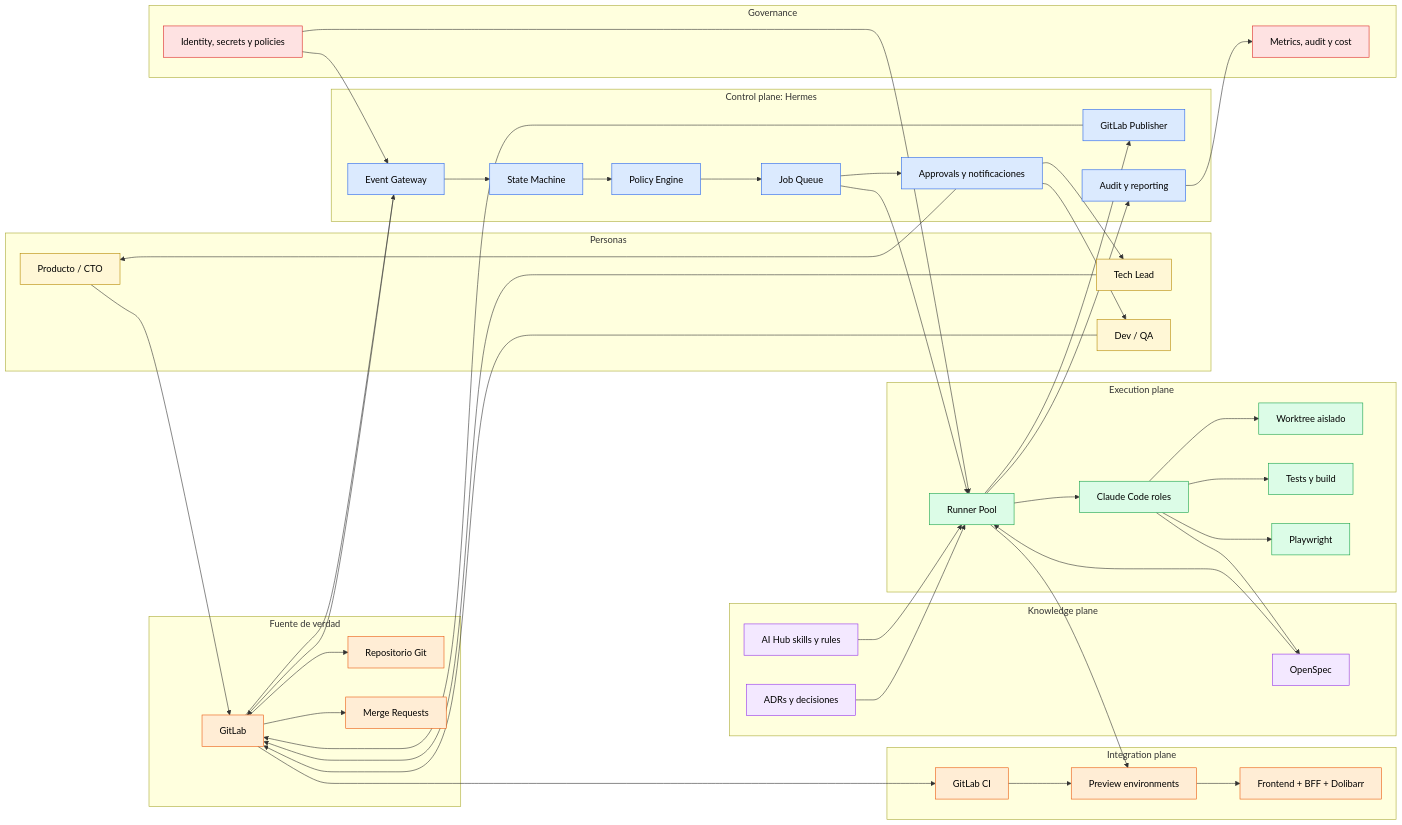
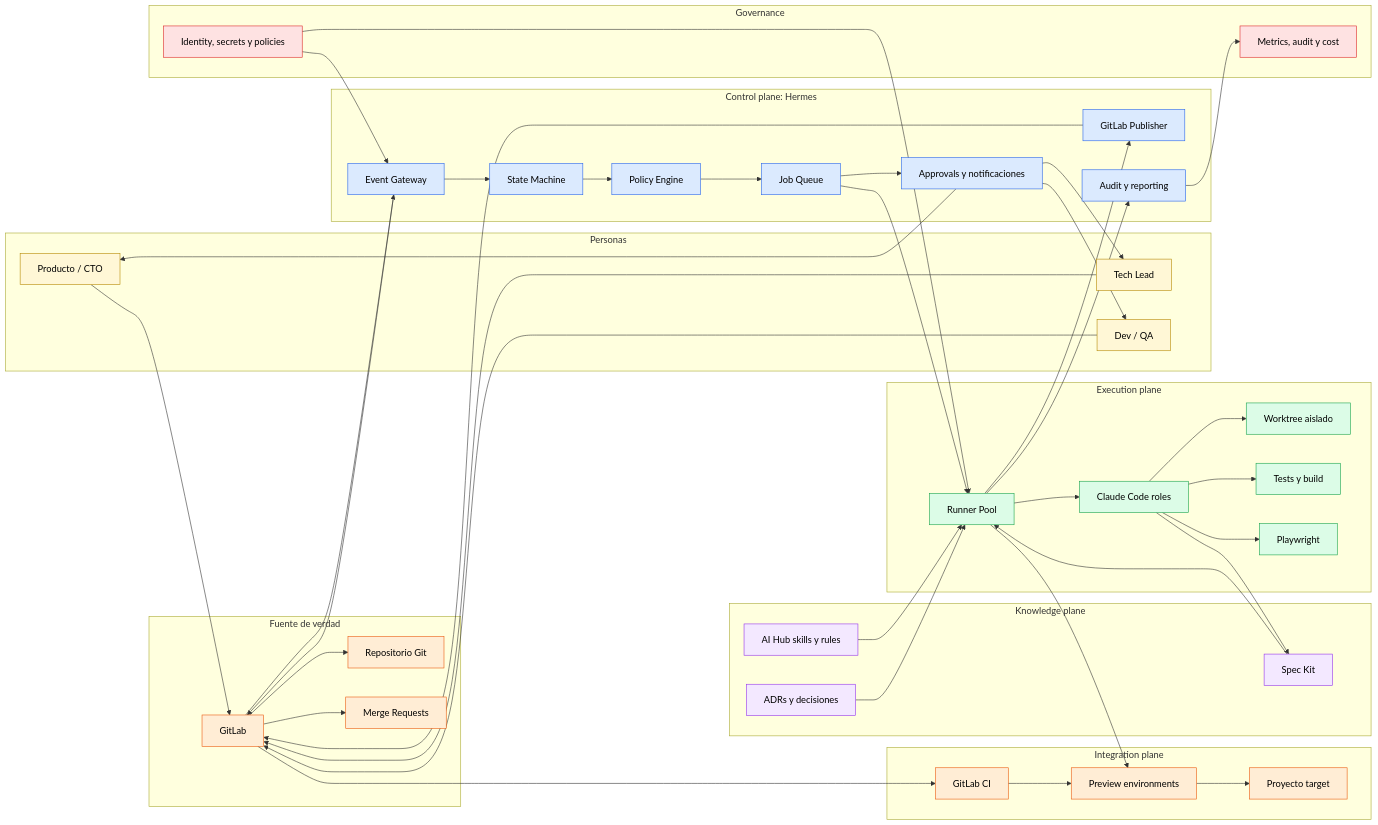
Before and after one commit to dsalazardev/ai-hub: the diagram in architecture/mermaid/00-mapa-general.mmd, drawn with Mermaid. The commit also changed 1324 other files, not shown here.

Commit message:
feat(engine): motor universal con Spec Kit, presets y catalogo de desarrollo

```diff
--- a/architecture/mermaid/00-mapa-general.mmd
+++ b/architecture/mermaid/00-mapa-general.mmd
@@ -1,86 +1,86 @@
 flowchart LR
   subgraph PEOPLE["Personas"]
     P["Producto / CTO"]
     TL["Tech Lead"]
     DEV["Dev / QA"]
   end
   subgraph TRUTH["Fuente de verdad"]
     GL["GitLab"]
     GIT["Repositorio Git"]
     MR["Merge Requests"]
   end
   subgraph CONTROL["Control plane: Hermes"]
     EV["Event Gateway"]
     SM["State Machine"]
     POL["Policy Engine"]
     Q["Job Queue"]
     AP["Approvals y notificaciones"]
     PUB["GitLab Publisher"]
     AUD["Audit y reporting"]
   end
   subgraph EXEC["Execution plane"]
     RUN["Runner Pool"]
     CC["Claude Code roles"]
     WT["Worktree aislado"]
     TEST["Tests y build"]
     PW["Playwright"]
   end
   subgraph KNOW["Knowledge plane"]
-    OS["OpenSpec"]
+    OS["Spec Kit"]
     SK["AI Hub skills y rules"]
     ADR["ADRs y decisiones"]
   end
   subgraph INTEG["Integration plane"]
     CI["GitLab CI"]
     PREV["Preview environments"]
-    APP["Frontend + BFF + Dolibarr"]
+    APP["Proyecto target"]
   end
   subgraph GOV["Governance"]
     SEC["Identity, secrets y policies"]
     OBS["Metrics, audit y cost"]
   end
   P --> GL
   TL --> GL
   DEV --> GL
   GL --> EV
   EV --> GL
   EV --> SM
   SM --> POL
   POL --> Q
   Q --> RUN
   Q --> AP
   RUN --> CC
   CC --> WT
   CC --> TEST
   CC --> PW
   CC --> OS
   RUN --> PREV
   RUN --> PUB
   PUB --> GL
   GL --> GIT
   GL --> MR
   GL --> CI
   CI --> PREV
   PREV --> APP
   OS --> RUN
   SK --> RUN
   ADR --> RUN
   SEC --> EV
   SEC --> RUN
   RUN --> AUD
   AUD --> OBS
   AP --> P
   AP --> TL
   AP --> DEV
   classDef human fill:#fff7d6,stroke:#b58900,color:#000
   classDef control fill:#dbeafe,stroke:#2563eb,color:#000
   classDef exec fill:#dcfce7,stroke:#16a34a,color:#000
   classDef knowledge fill:#f3e8ff,stroke:#9333ea,color:#000
   classDef integration fill:#ffedd5,stroke:#ea580c,color:#000
   classDef governance fill:#fee2e2,stroke:#dc2626,color:#000
   class P,TL,DEV human
   class EV,SM,POL,Q,AP,PUB,AUD control
   class RUN,CC,WT,TEST,PW exec
   class OS,SK,ADR knowledge
   class GL,GIT,MR,CI,PREV,APP integration
   class SEC,OBS governance
```
